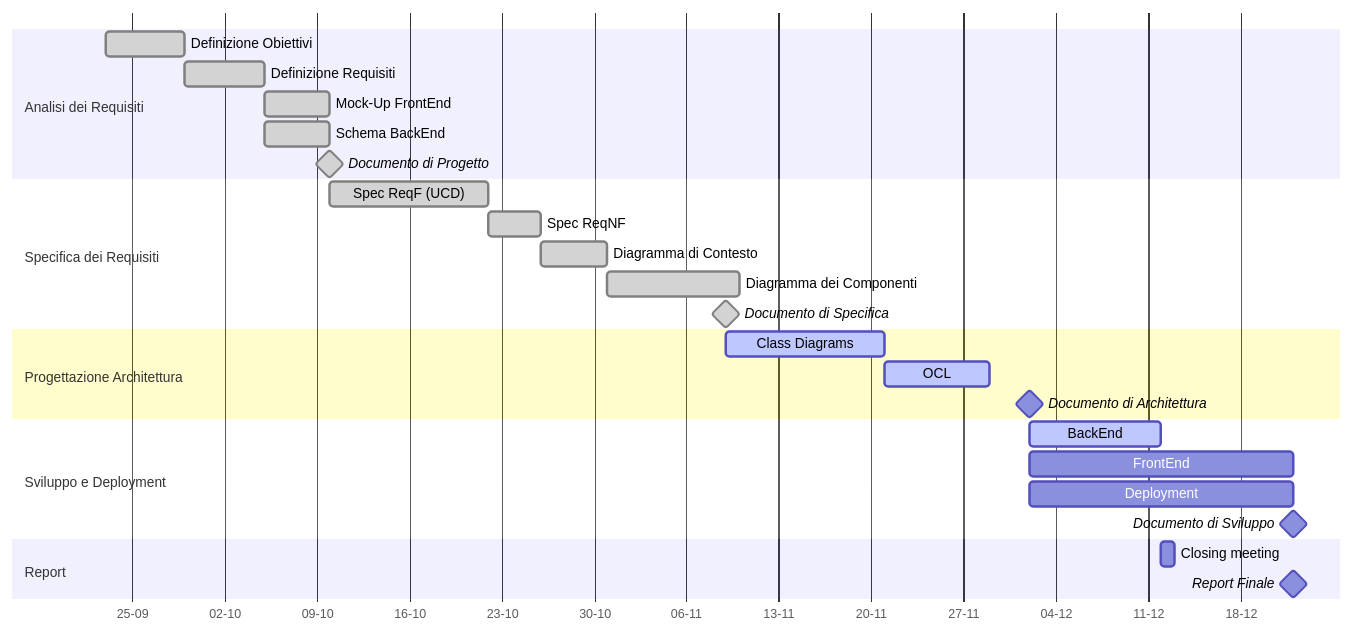
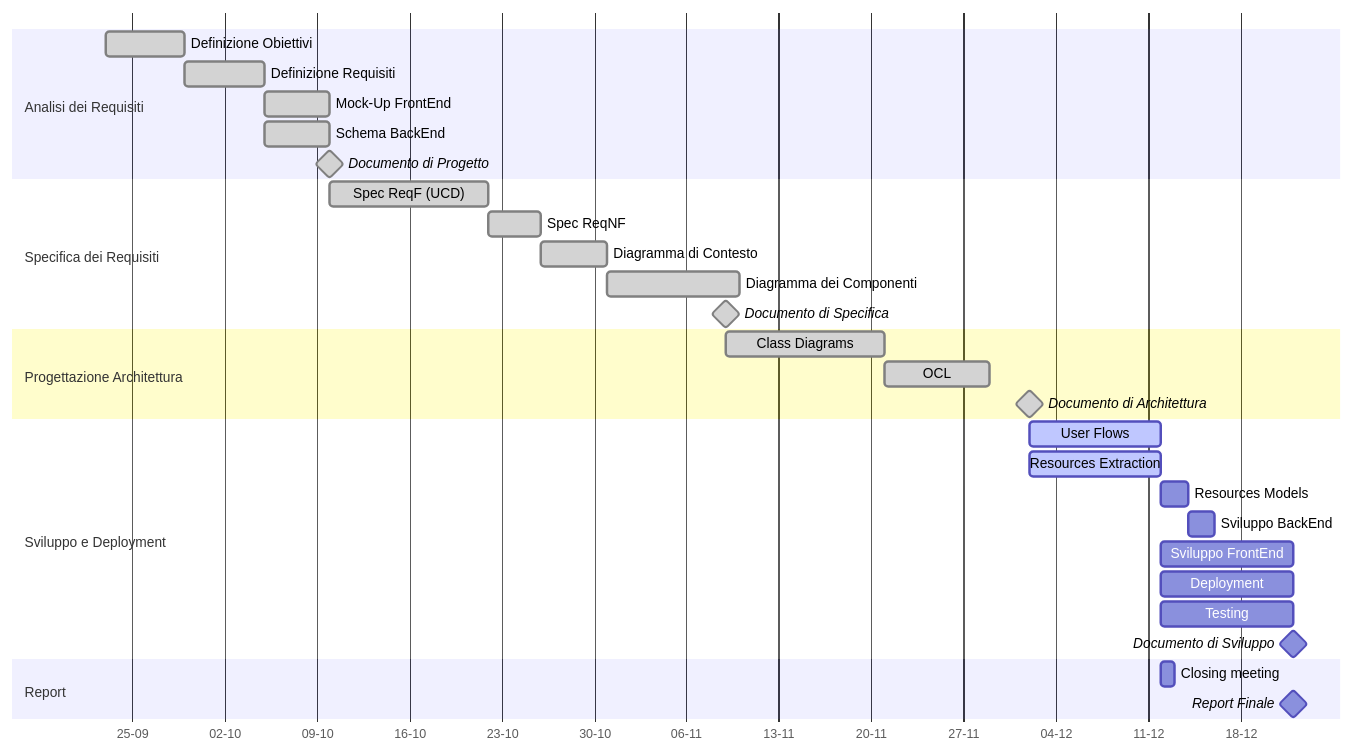
Before and after one commit to amanfucci/ardeeno-workondeliverables: the diagram in pm/2-Project-Plan.md, drawn with Mermaid. The commit also changed other lines of this file and 6 other files, not shown here.

````diff
--- a/pm/2-Project-Plan.md
+++ b/pm/2-Project-Plan.md
@@ -5,35 +5,39 @@
 ```mermaid
 gantt
     dateFormat DD-MM
     axisFormat %d-%m
 
     section Analisi dei Requisiti
     Definizione Obiettivi :done, a0, 23-09, 29-09
     Definizione Requisiti :done,a1, after a0, 05-10
     Mock-Up FrontEnd :done,a2, after a1, 10-10 
     Schema BackEnd :done,a3, after a1, 10-10
     Documento di Progetto :done,milestone, am, 10-10, 0d
     
     section Specifica dei Requisiti
     Spec ReqF (UCD) :done,s0, after am, 12d
     Spec ReqNF :done,s1, after s0, 4d
     Diagramma di Contesto :done,s2, after s1, 5d
     Diagramma dei Componenti :done, s3, after s2, 10d
     Documento di Specifica :done, milestone, sm, 09-11, 0d
 
     section Progettazione Architettura
-    Class Diagrams :active, pa0, after sm, 12d
-    OCL :active, pa1, after pa0, 8d
-    Documento di Architettura :milestone, pam, 02-12, 0d
+    Class Diagrams :done, pa0, after sm, 12d
+    OCL :done, pa1, after pa0, 8d
+    Documento di Architettura :done, milestone, pam, 02-12, 0d
 
     section Sviluppo e Deployment
-    BackEnd :active, d0, after pam, 12-12
-    FrontEnd :d1, after pam, 22-12
-    Deployment :d2, after pam, 22-12
+
+    User Flows :active, d0, after pam, 12-12
+    Resources Extraction :active, d1, after pam, 12-12
+    Resources Models :d2, after d1, 2d
+    Sviluppo BackEnd :d3, after d2, 2d
+    Sviluppo FrontEnd :d4, after d0, 22-12
+    Deployment :d5, after d0, 22-12
+    Testing :d6, after d0, 22-12
     Documento di Sviluppo :milestone, dm, 22-12, 0d
 
     section Report
     Closing meeting :i0, 12-12, 1d
     Report Finale :milestone, fm, 22-12, 0d
-
 ```
````
